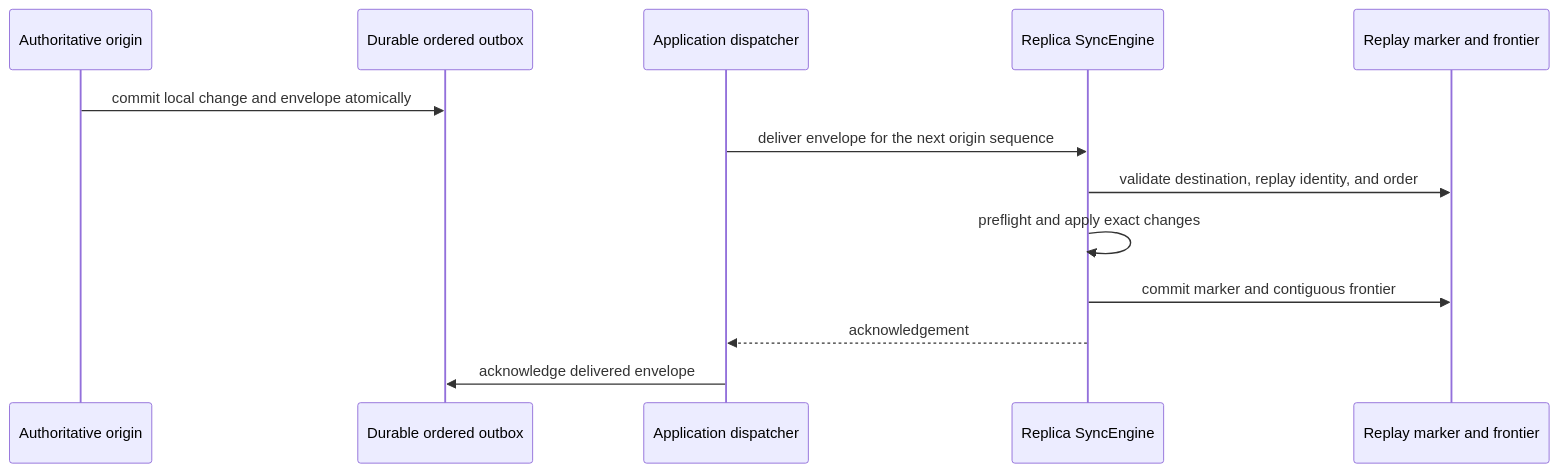
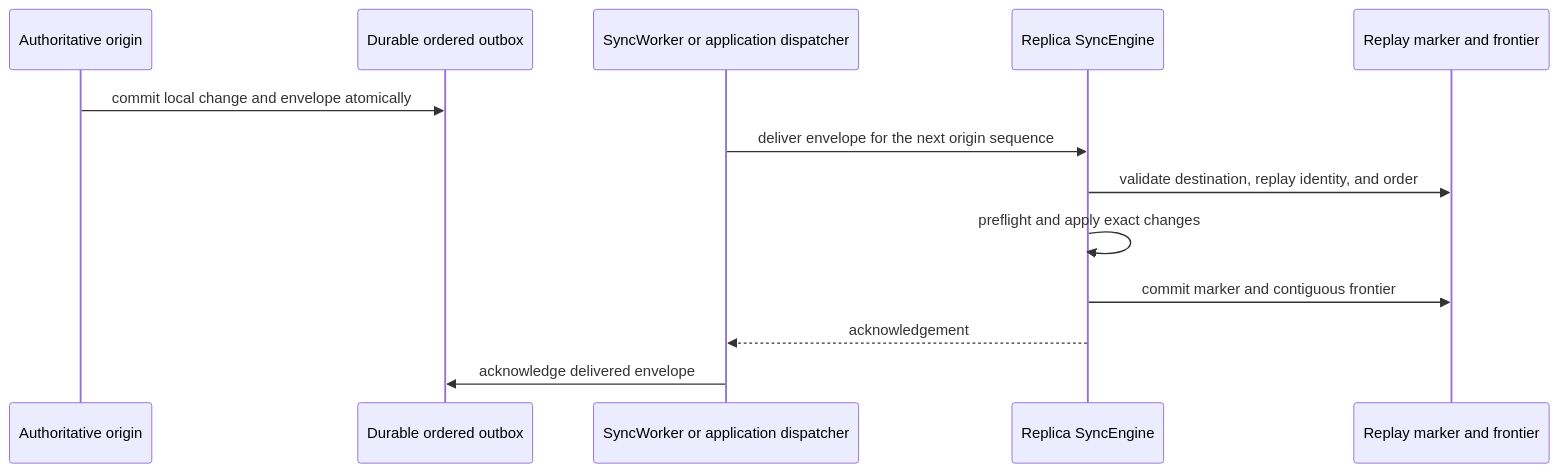
Before and after one commit to LimiNode/mdbx-containers: the second of 2 diagrams in docs/sync-logical.md, drawn with Mermaid. The commit also changed other lines of this file and 19 other files, not shown here.

````diff
--- a/docs/sync-logical.md
+++ b/docs/sync-logical.md
@@ -73,16 +75,16 @@
 ```mermaid
 sequenceDiagram
     participant O as Authoritative origin
     participant Outbox as Durable ordered outbox
-    participant D as Application dispatcher
+    participant D as SyncWorker or application dispatcher
     participant R as Replica SyncEngine
     participant State as Replay marker and frontier
 
     O->>Outbox: commit local change and envelope atomically
     D->>R: deliver envelope for the next origin sequence
     R->>State: validate destination, replay identity, and order
     R->>R: preflight and apply exact changes
     R->>State: commit marker and contiguous frontier
     R-->>D: acknowledgement
     D->>Outbox: acknowledge delivered envelope
 ```
````
